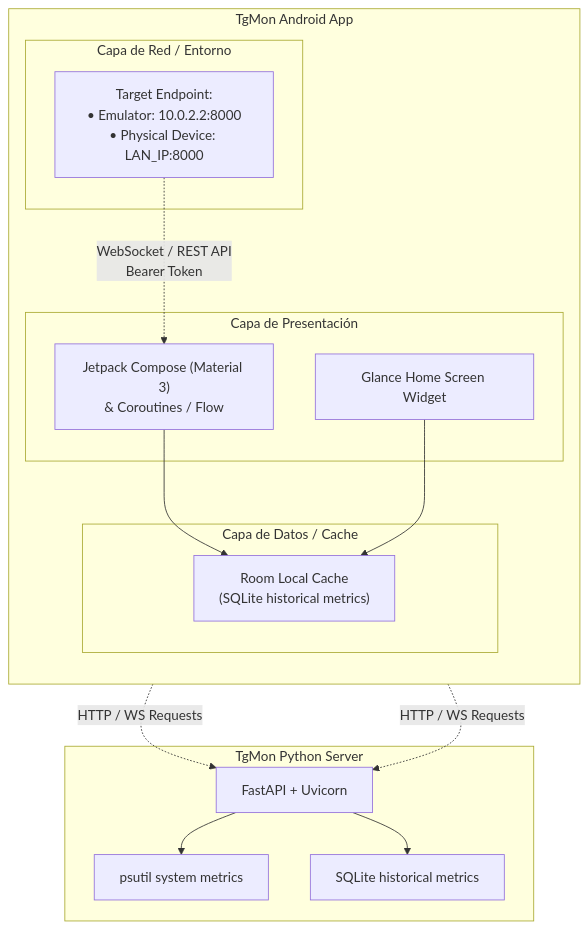
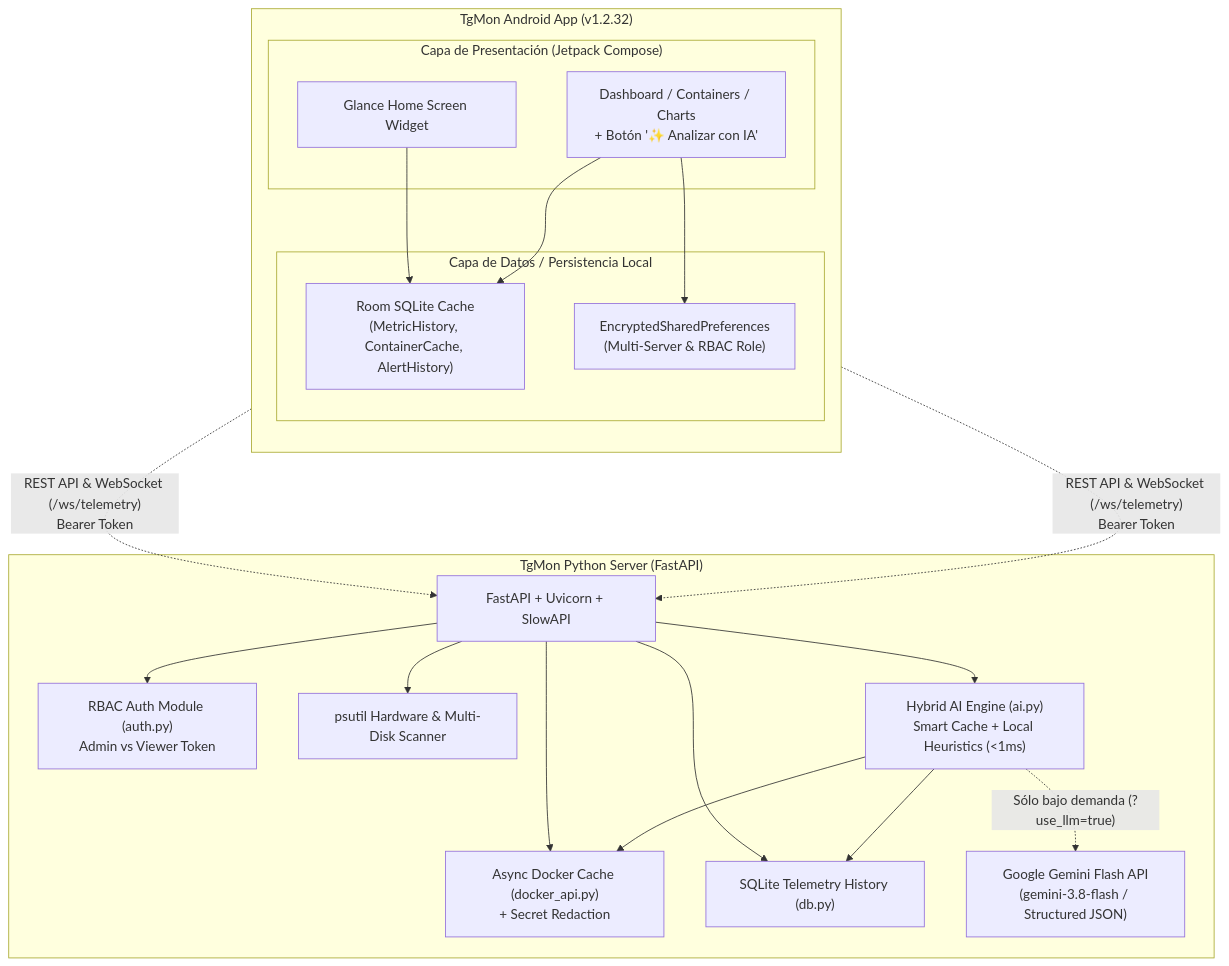
The diagram in README.md (Rcarme/UdelaCiudad), drawn with Mermaid before and after one commit. The commit also changed other lines of this file, not shown here.

Commit message:
docs: update README.md with full TGMon v2 architecture, RBAC, and hybrid Gemini Flash AI engine

````diff
--- a/README.md
+++ b/README.md
@@ -11,33 +20,40 @@
 ```mermaid
 graph TD
-    subgraph Cliente ["TgMon Android App"]
+    subgraph Cliente ["TgMon Android App (v1.2.32)"]
         direction TB
-        subgraph Presentacion ["Capa de Presentación"]
-            UI["Jetpack Compose (Material 3)<br/>& Coroutines / Flow"]
+        subgraph Presentacion ["Capa de Presentación (Jetpack Compose)"]
+            UI["Dashboard / Containers / Charts<br/>+ Botón '✨ Analizar con IA'"]
             Widget["Glance Home Screen Widget"]
         end
 
-        subgraph Datos ["Capa de Datos / Cache"]
-            Room["Room Local Cache<br/>(SQLite historical metrics)"]
-        end
-
-        subgraph Red ["Capa de Red / Entorno"]
-            Env["Target Endpoint:<br/>• Emulator: 10.0.2.2:8000<br/>• Physical Device: LAN_IP:8000"]
+        subgraph Datos ["Capa de Datos / Persistencia Local"]
+            Room["Room SQLite Cache<br/>(MetricHistory, ContainerCache, AlertHistory)"]
+            Prefs["EncryptedSharedPreferences<br/>(Multi-Server & RBAC Role)"]
         end
 
         UI --> Room
+        UI --> Prefs
         Widget --> Room
-        Env -.->|"WebSocket / REST API<br/>Bearer Token"| UI
     end
 
-    subgraph Servidor ["TgMon Python Server"]
-        FastAPI["FastAPI + Uvicorn"]
-        Psutil["psutil system metrics"]
-        DB["SQLite historical metrics"]
-        
+    subgraph Servidor ["TgMon Python Server (FastAPI)"]
+        FastAPI["FastAPI + Uvicorn + SlowAPI"]
+        Auth["RBAC Auth Module (auth.py)<br/>Admin vs Viewer Token"]
+        Psutil["psutil Hardware & Multi-Disk Scanner"]
+        DockerCache["Async Docker Cache (docker_api.py)<br/>+ Secret Redaction"]
+        DB["SQLite Telemetry History (db.py)"]
+        AIEngine["Hybrid AI Engine (ai.py)<br/>Smart Cache + Local Heuristics (<1ms)"]
+        Gemini["Google Gemini Flash API<br/>(gemini-3.8-flash / Structured JSON)"]
+
+        FastAPI --> Auth
         FastAPI --> Psutil
+        FastAPI --> DockerCache
         FastAPI --> DB
+        FastAPI --> AIEngine
+        AIEngine --> DB
+        AIEngine --> DockerCache
+        AIEngine -.->|"Sólo bajo demanda (?use_llm=true)"| Gemini
     end
 
-    UI & Widget -.->|"HTTP / WS Requests"| FastAPI
+    UI & Widget -.->|"REST API & WebSocket (/ws/telemetry)<br/>Bearer Token"| FastAPI
 ```
````
